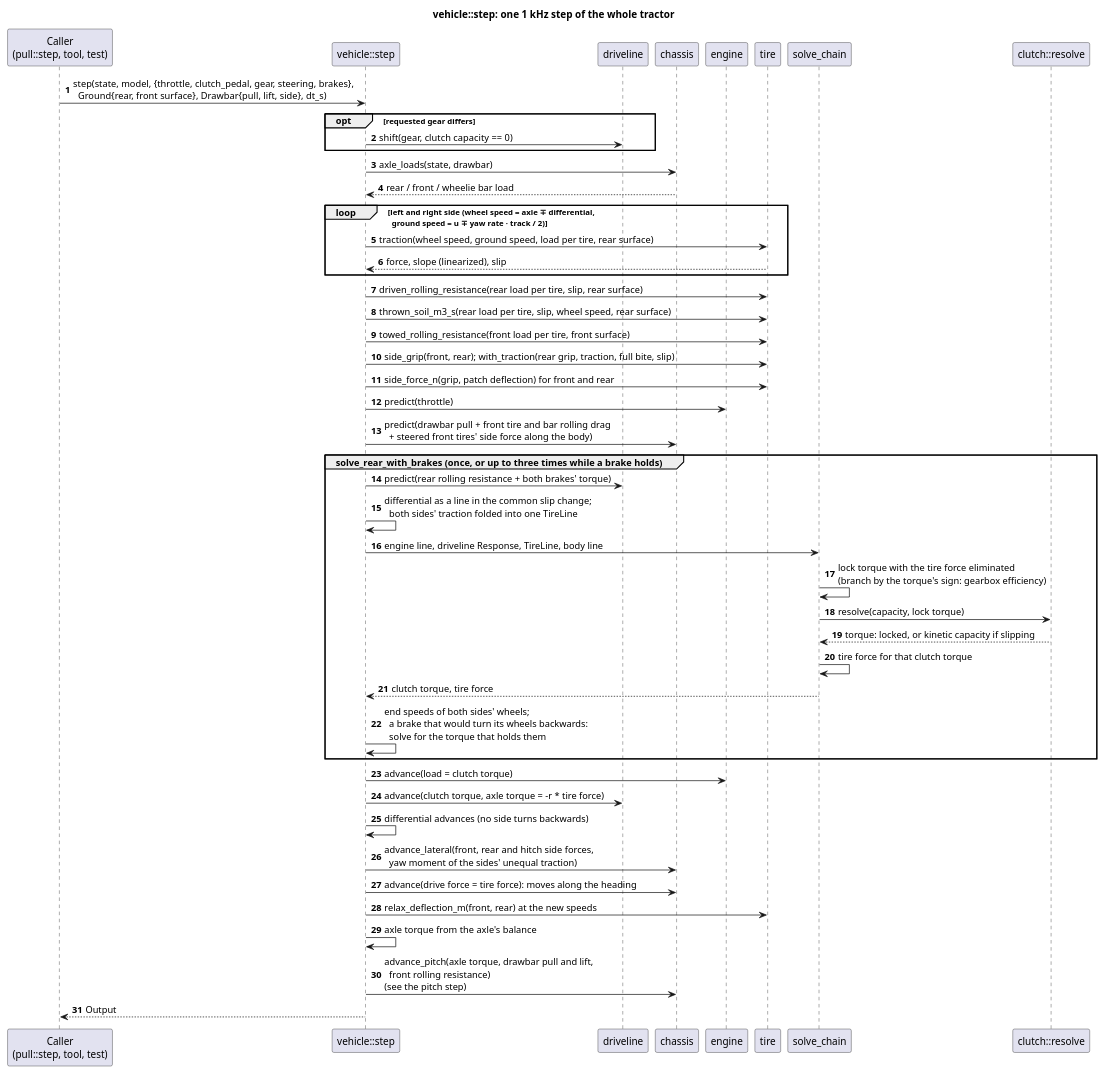
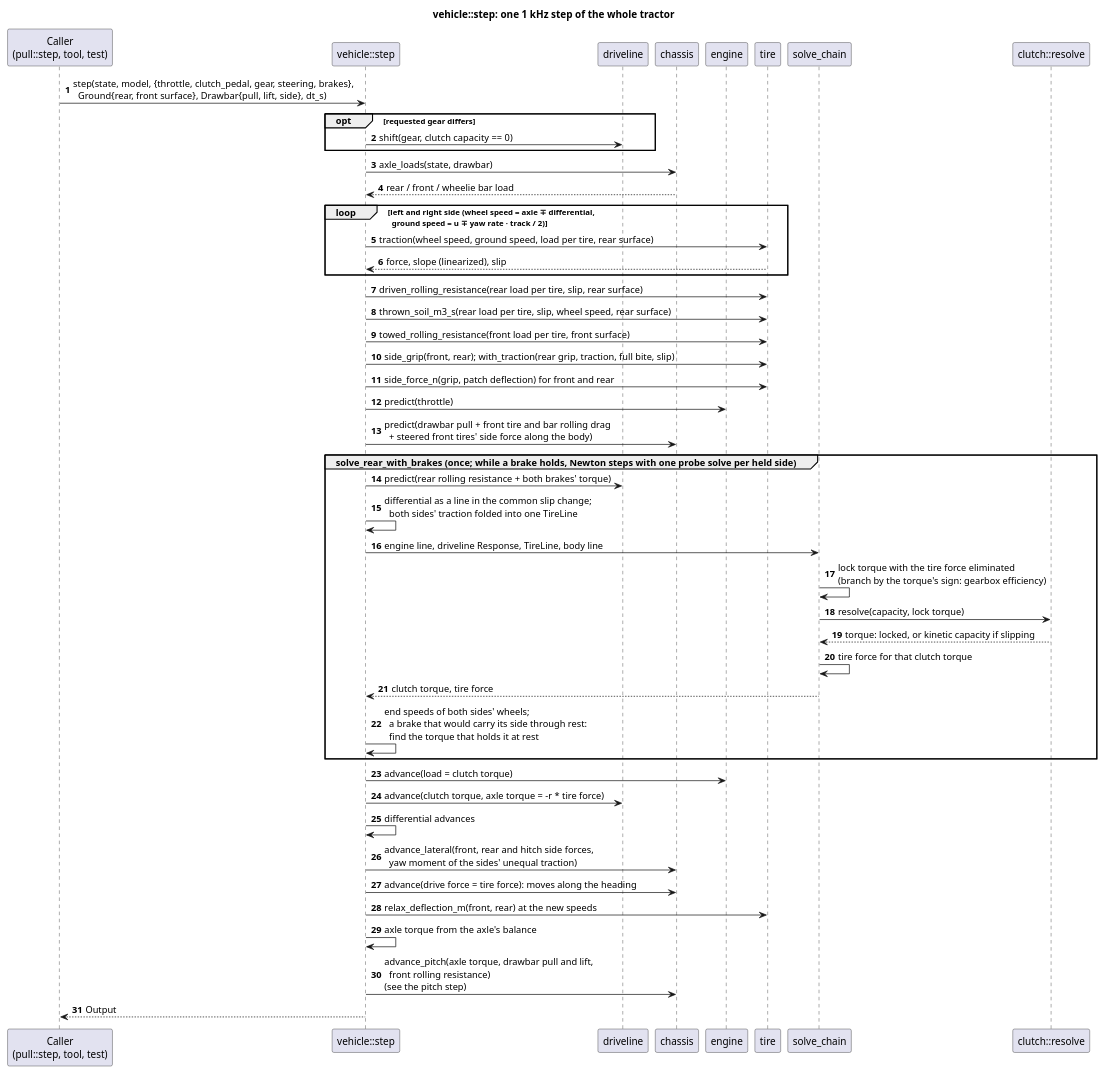
Before and after one commit to wversteeg/TractorPulling: the diagram in docs/diagrams/vehicle_step_sequence.puml, drawn with PlantUML. The commit also changed 16 other files, not shown here.

First line of the commit message:
Address review: one-side spin-out, brakes as two-way Coulomb friction

```diff
--- a/docs/diagrams/vehicle_step_sequence.puml
+++ b/docs/diagrams/vehicle_step_sequence.puml
@@ -1,50 +1,50 @@
 @startuml vehicle_step_sequence
 title vehicle::step: one 1 kHz step of the whole tractor
 autonumber
 participant "Caller\n(pull::step, tool, test)" as Caller
 participant "vehicle::step" as Step
 participant "driveline" as Driveline
 participant "chassis" as Chassis
 participant "engine" as Engine
 participant "tire" as Tire
 participant "solve_chain" as Solve
 participant "clutch::resolve" as Clutch
 
 Caller -> Step : step(state, model, {throttle, clutch_pedal, gear, steering, brakes},\n  Ground{rear, front surface}, Drawbar{pull, lift, side}, dt_s)
 opt requested gear differs
   Step -> Driveline : shift(gear, clutch capacity == 0)
 end
 Step -> Chassis : axle_loads(state, drawbar)
 Chassis --> Step : rear / front / wheelie bar load
 loop left and right side (wheel speed = axle ∓ differential,\n  ground speed = u ∓ yaw rate · track / 2)
   Step -> Tire : traction(wheel speed, ground speed, load per tire, rear surface)
   Tire --> Step : force, slope (linearized), slip
 end
 Step -> Tire : driven_rolling_resistance(rear load per tire, slip, rear surface)
 Step -> Tire : thrown_soil_m3_s(rear load per tire, slip, wheel speed, rear surface)
 Step -> Tire : towed_rolling_resistance(front load per tire, front surface)
 Step -> Tire : side_grip(front, rear); with_traction(rear grip, traction, full bite, slip)
 Step -> Tire : side_force_n(grip, patch deflection) for front and rear
 Step -> Engine : predict(throttle)
 Step -> Chassis : predict(drawbar pull + front tire and bar rolling drag\n  + steered front tires' side force along the body)
-group solve_rear_with_brakes (once, or up to three times while a brake holds)
+group solve_rear_with_brakes (once; while a brake holds, Newton steps with one probe solve per held side)
 Step -> Driveline : predict(rear rolling resistance + both brakes' torque)
 Step -> Step : differential as a line in the common slip change;\n  both sides' traction folded into one TireLine
 Step -> Solve : engine line, driveline Response, TireLine, body line
 Solve -> Solve : lock torque with the tire force eliminated\n(branch by the torque's sign: gearbox efficiency)
 Solve -> Clutch : resolve(capacity, lock torque)
 Clutch --> Solve : torque: locked, or kinetic capacity if slipping
 Solve -> Solve : tire force for that clutch torque
 Solve --> Step : clutch torque, tire force
-Step -> Step : end speeds of both sides' wheels;\n  a brake that would turn its wheels backwards:\n  solve for the torque that holds them
+Step -> Step : end speeds of both sides' wheels;\n  a brake that would carry its side through rest:\n  find the torque that holds it at rest
 end
 Step -> Engine : advance(load = clutch torque)
 Step -> Driveline : advance(clutch torque, axle torque = -r * tire force)
-Step -> Step : differential advances (no side turns backwards)
+Step -> Step : differential advances
 Step -> Chassis : advance_lateral(front, rear and hitch side forces,\n  yaw moment of the sides' unequal traction)
 Step -> Chassis : advance(drive force = tire force): moves along the heading
 Step -> Tire : relax_deflection_m(front, rear) at the new speeds
 Step -> Step : axle torque from the axle's balance
 Step -> Chassis : advance_pitch(axle torque, drawbar pull and lift,\n  front rolling resistance)\n(see the pitch step)
 Step --> Caller : Output
 @enduml
```
